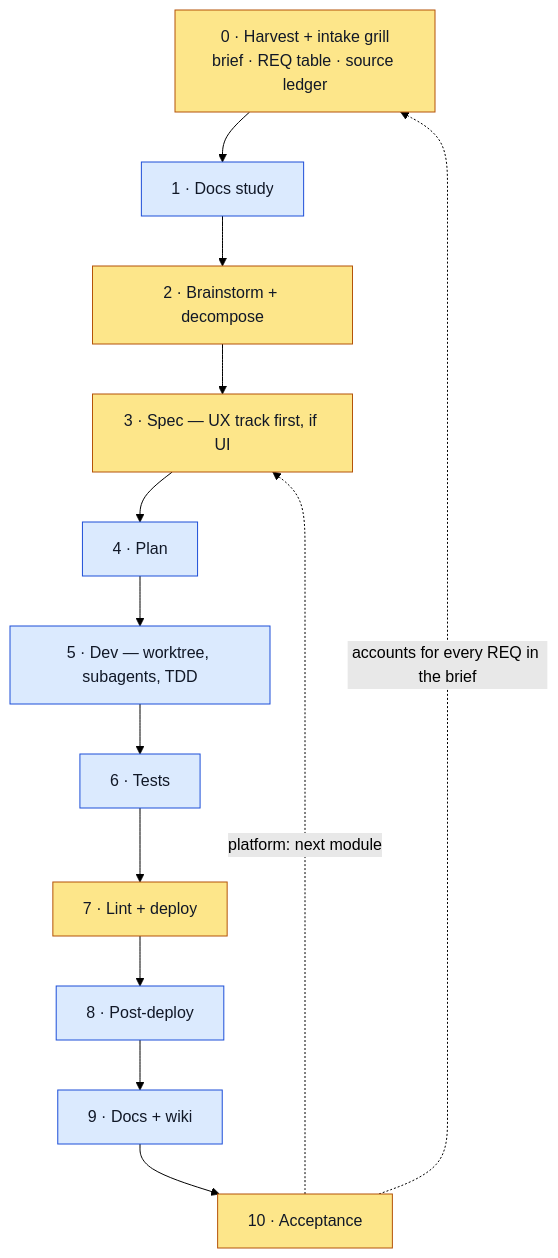
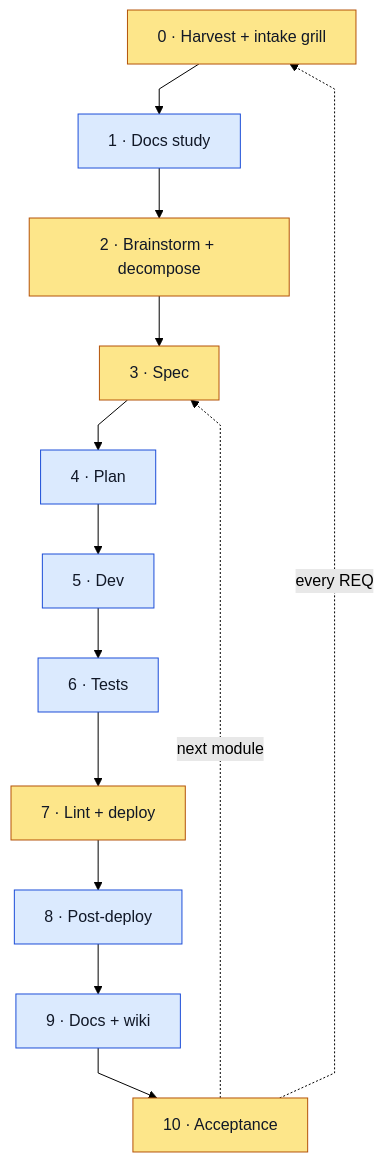
The diagram in README.md (ssheleg/task-pipeline), drawn with Mermaid (forest theme) before and after one commit. The commit also changed other lines of this file and 8 other files, not shown here.

````diff
--- a/README.md
+++ b/README.md
@@ -45,23 +45,24 @@
 ```mermaid
+%%{init: {'flowchart': {'curve': 'linear', 'useMaxWidth': true}}}%%
 flowchart TD
-    S0["0 · Harvest + intake grill<br/>brief · REQ table · source ledger"]
+    S0["0 · Harvest + intake grill"]
     S1["1 · Docs study"]
     S2["2 · Brainstorm + decompose"]
-    S3["3 · Spec — UX track first, if UI"]
+    S3["3 · Spec"]
     S4["4 · Plan"]
-    S5["5 · Dev — worktree, subagents, TDD"]
+    S5["5 · Dev"]
     S6["6 · Tests"]
     S7["7 · Lint + deploy"]
     S8["8 · Post-deploy"]
     S9["9 · Docs + wiki"]
     S10["10 · Acceptance"]
 
     S0 --> S1 --> S2 --> S3 --> S4 --> S5 --> S6 --> S7 --> S8 --> S9 --> S10
-    S10 -. "platform: next module" .-> S3
-    S10 -. "accounts for every REQ in the brief" .-> S0
+    S10 -.->|next module| S3
+    S10 -.->|every REQ| S0
 
     classDef manual fill:#fde68a,stroke:#b45309,color:#111827
     classDef auto fill:#dbeafe,stroke:#1d4ed8,color:#111827
     class S0,S2,S3,S7,S10 manual
     class S1,S4,S5,S6,S8,S9 auto
 ```
````
